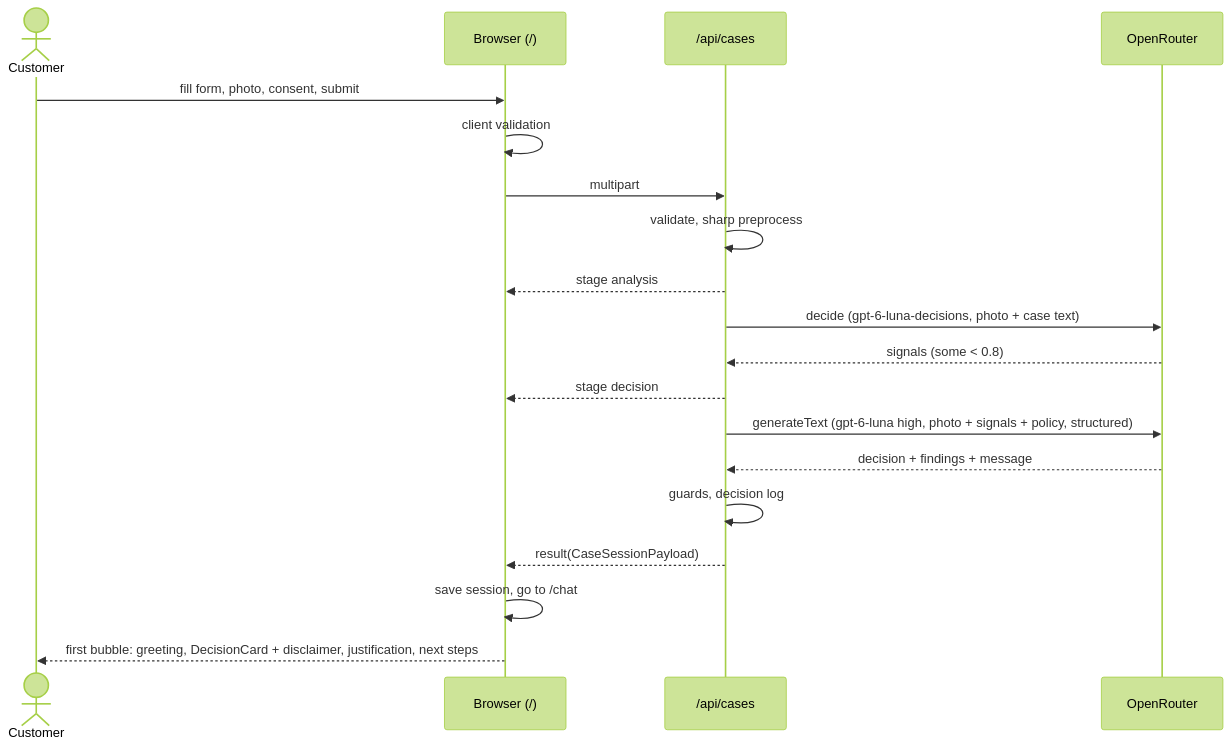
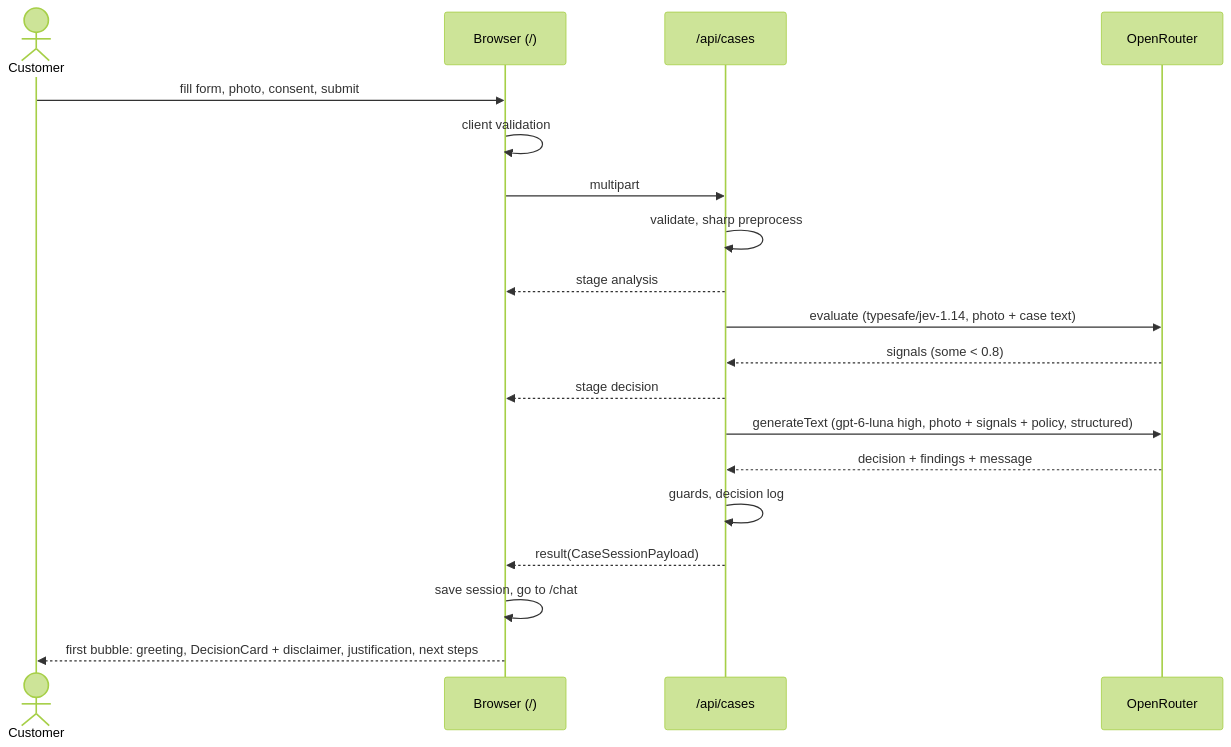
The third of 7 diagrams in docs/ADR/000-main-architecture.md (LucasMatuszewski/jsystems-ai-programming-2026-11), drawn with Mermaid (forest theme) before and after one commit. The commit also changed other lines of this file and 2 other files, not shown here.

Commit message:
Docs: ADR-001 amendment A2 and plan rev. 5 for the Jev 1.14 decision model

````diff
--- a/docs/ADR/000-main-architecture.md
+++ b/docs/ADR/000-main-architecture.md
@@ -263,21 +263,21 @@
 ```mermaid
 sequenceDiagram
     actor C as Customer
     participant UI as Browser (/)
     participant API as /api/cases
     participant OR as OpenRouter
     C->>UI: fill form, photo, consent, submit
     UI->>UI: client validation
     UI->>API: multipart
     API->>API: validate, sharp preprocess
     API-->>UI: stage analysis
-    API->>OR: decide (gpt-6-luna-decisions, photo + case text)
+    API->>OR: evaluate (typesafe/jev-1.14, photo + case text)
     OR-->>API: signals (some < 0.8)
     API-->>UI: stage decision
     API->>OR: generateText (gpt-6-luna high, photo + signals + policy, structured)
     OR-->>API: decision + findings + message
     API->>API: guards, decision log
     API-->>UI: result(CaseSessionPayload)
     UI->>UI: save session, go to /chat
     UI-->>C: first bubble: greeting, DecisionCard + disclaimer, justification, next steps
 ```
````
